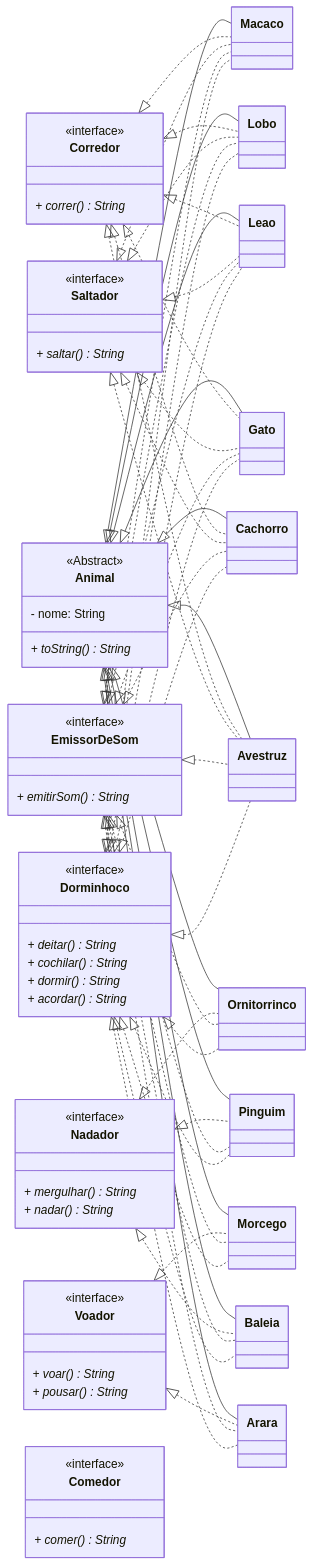
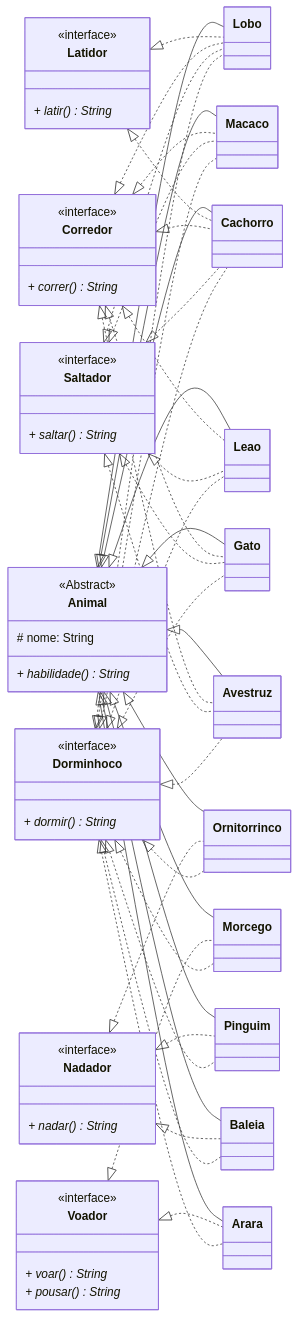
The diagram in exercicio-heranca-multipla-interfaces/README.md (williansantfer/POO), drawn with Mermaid before and after one commit. The commit also changed 3 other files, not shown here.

Commit message:
Atualiza diagrama de classes

```diff
--- a/exercicio-heranca-multipla-interfaces/README.md
+++ b/exercicio-heranca-multipla-interfaces/README.md
@@ -7,9 +7,9 @@
     class Animal {
         <<Abstract>>
         
-        - nome: String
+        # nome: String
         
-        + toString() String *
+        + habilidade() String *
     }
     
     class Arara {
@@ -68,6 +68,9 @@
     Animal <|-- Pinguim
     Animal <|-- Ornitorrinco
     
+    Latidor <|.. Cachorro
+    Latidor <|.. Lobo
+    
     Voador <|.. Arara
     Voador <|.. Morcego
     
@@ -88,18 +91,6 @@
     Saltador <|.. Leao
     Saltador <|.. Lobo
     Saltador <|.. Macaco
-
-    EmissorDeSom <|.. Arara
-    EmissorDeSom <|.. Avestruz
-    EmissorDeSom <|.. Baleia
-    EmissorDeSom <|.. Cachorro
-    EmissorDeSom <|.. Gato
-    EmissorDeSom <|.. Leao
-    EmissorDeSom <|.. Lobo
-    EmissorDeSom <|.. Macaco
-    EmissorDeSom <|.. Morcego
-    EmissorDeSom <|.. Pinguim
-    EmissorDeSom <|.. Ornitorrinco
 
     Dorminhoco <|.. Arara
     Dorminhoco <|.. Avestruz
@@ -123,7 +114,6 @@
     class Nadador {
         <<interface>>
         
-        + mergulhar() String *
         + nadar() String *
     }
     
@@ -139,25 +129,17 @@
         + saltar() String *
     }
     
-    class Comedor {
+    
+    class Latidor{
         <<interface>>
         
-        + comer() String *
-    }
-    
-    class EmissorDeSom {
-        <<interface>>
-        
-        + emitirSom() String *
+        + latir() String *
     }
     
     class Dorminhoco {
         <<interface>>
         
-        + deitar() String *
-        + cochilar() String *
         + dormir() String *
-        + acordar() String *
     }
     
     
```
